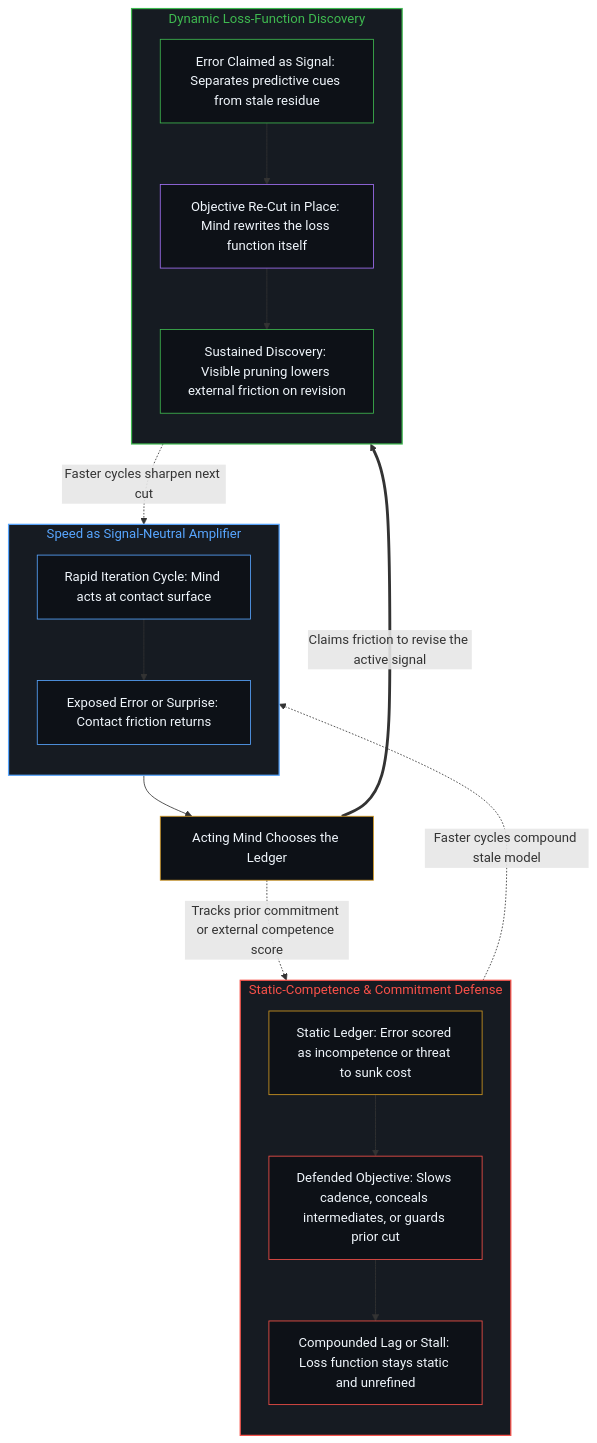
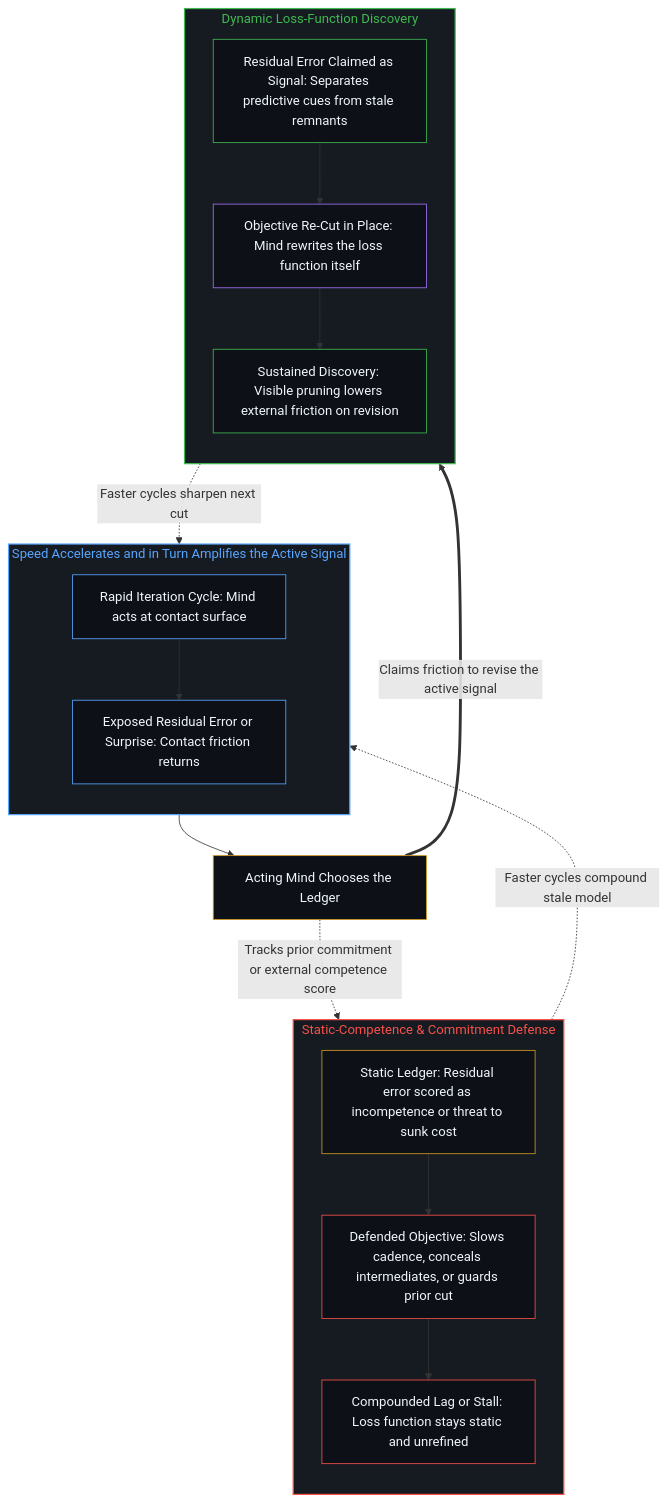
Before and after one commit to powerpig99/not-a-toe: the second of 2 diagrams in content/posts/the-dynamically-discovered-loss-function-and-the-conversion-of-error.md, drawn with Mermaid. The commit also changed other lines of this file and 3 other files, not shown here.

Commit message:
Refine Post #474: speed accelerates and amplifies signal; neutral residual error / 残余误差 terminology

````diff
--- a/content/posts/the-dynamically-discovered-loss-function-and-the-conversion-of-error.md
+++ b/content/posts/the-dynamically-discovered-loss-function-and-the-conversion-of-error.md
@@ -71,41 +71,41 @@
 ```mermaid
 flowchart TD
-    subgraph S_Amp["Speed as Signal-Neutral Amplifier"]
+    subgraph S_Amp["Speed Accelerates and in Turn Amplifies the Active Signal"]
         direction TB
         A_Act["Rapid Iteration Cycle: Mind acts at contact surface"]
-        A_Err["Exposed Error or Surprise: Contact friction returns"]
+        A_Err["Exposed Residual Error or Surprise: Contact friction returns"]
         A_Act --> A_Err
     end
     M_Fork["Acting Mind Chooses the Ledger"]
     subgraph S_Def["Static-Competence & Commitment Defense"]
         direction TB
-        D_Inv["Static Ledger: Error scored as incompetence or threat to sunk cost"]
+        D_Inv["Static Ledger: Residual error scored as incompetence or threat to sunk cost"]
         D_Hold["Defended Objective: Slows cadence, conceals intermediates, or guards prior cut"]
         D_Stall["Compounded Lag or Stall: Loss function stays static and unrefined"]
         D_Inv --> D_Hold --> D_Stall
     end
     subgraph S_Dyn["Dynamic Loss-Function Discovery"]
         direction TB
-        L_Claim["Error Claimed as Signal: Separates predictive cues from stale residue"]
+        L_Claim["Residual Error Claimed as Signal: Separates predictive cues from stale remnants"]
         L_Recut["Objective Re-Cut in Place: Mind rewrites the loss function itself"]
         L_Cont["Sustained Discovery: Visible pruning lowers external friction on revision"]
         L_Claim --> L_Recut --> L_Cont
     end
     A_Err --> M_Fork
     M_Fork -.->|"Tracks prior commitment or external competence score"| D_Inv
     M_Fork ==>|"Claims friction to revise the active signal"| L_Claim
     L_Cont -.->|"Faster cycles sharpen next cut"| A_Act
     D_Stall -.->|"Faster cycles compound stale model"| A_Act
     style S_Amp fill:#161b22,stroke:#58a6ff,stroke-width:1.5px,color:#58a6ff
     style S_Def fill:#161b22,stroke:#f85149,stroke-width:1.5px,color:#f85149
     style S_Dyn fill:#161b22,stroke:#3fb950,stroke-width:1.5px,color:#3fb950
     style A_Act fill:#0d1117,stroke:#58a6ff,stroke-width:1px,color:#f0f6fc
     style A_Err fill:#0d1117,stroke:#58a6ff,stroke-width:1px,color:#f0f6fc
     style M_Fork fill:#0d1117,stroke:#d29922,stroke-width:1px,color:#f0f6fc
     style D_Inv fill:#0d1117,stroke:#d29922,stroke-width:1px,color:#f0f6fc
     style D_Hold fill:#0d1117,stroke:#f85149,stroke-width:1px,color:#f0f6fc
     style D_Stall fill:#0d1117,stroke:#f85149,stroke-width:1px,color:#f0f6fc
     style L_Claim fill:#0d1117,stroke:#3fb950,stroke-width:1px,color:#f0f6fc
     style L_Recut fill:#0d1117,stroke:#a371f7,stroke-width:1px,color:#f0f6fc
     style L_Cont fill:#0d1117,stroke:#3fb950,stroke-width:1px,color:#f0f6fc
 ```
````
